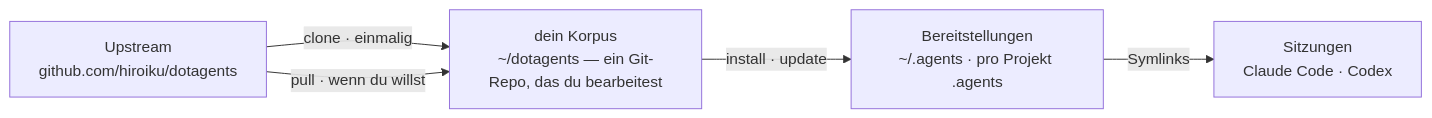
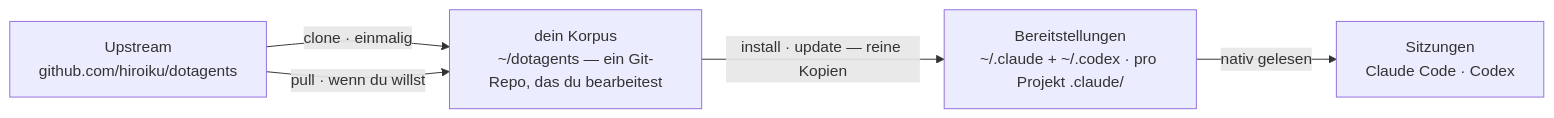
Before and after one commit to hiroiku/dotagents: the diagram in docs/README.de.md, drawn with Mermaid. The commit also changed other lines of this file and 18 other files, not shown here.

````diff
--- a/docs/README.de.md
+++ b/docs/README.de.md
@@ -18,11 +18,11 @@
 ```mermaid
 flowchart LR
     UP["Upstream<br>github.com/hiroiku/dotagents"]
     C["dein Korpus<br>~/dotagents — ein Git-Repo, das du bearbeitest"]
-    A["Bereitstellungen<br>~/.agents · pro Projekt .agents"]
+    A["Bereitstellungen<br>~/.claude + ~/.codex · pro Projekt .claude/"]
     S["Sitzungen<br>Claude Code · Codex"]
     UP -->|"clone · einmalig"| C
     UP -->|"pull · wenn du willst"| C
-    C -->|"install · update"| A
-    A -->|"Symlinks"| S
+    C -->|"install · update — reine Kopien"| A
+    A -->|"nativ gelesen"| S
 ```
````
